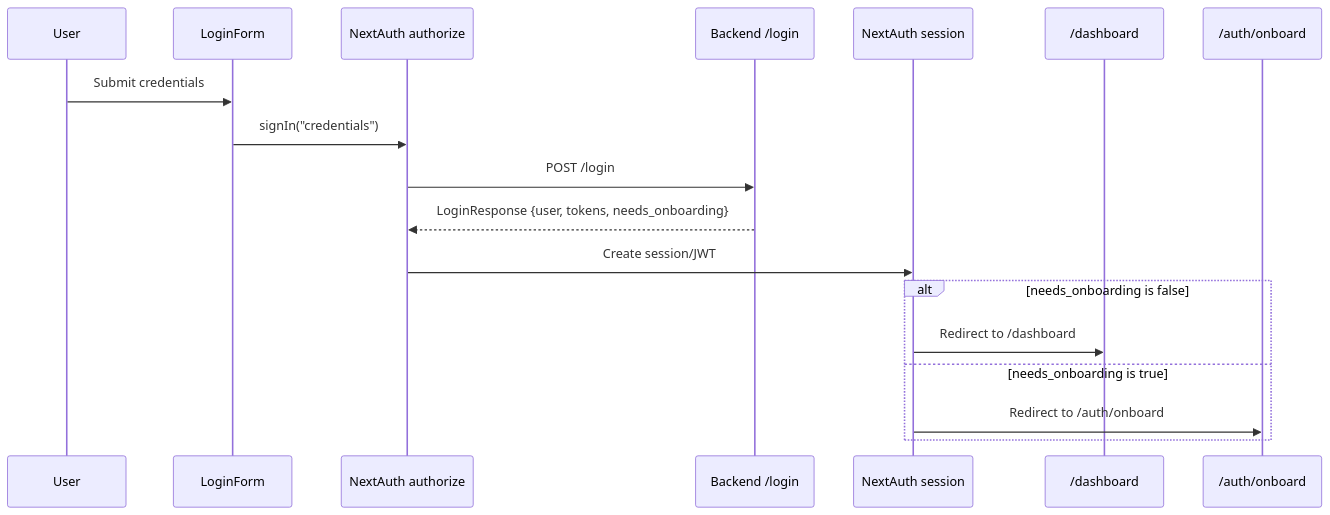
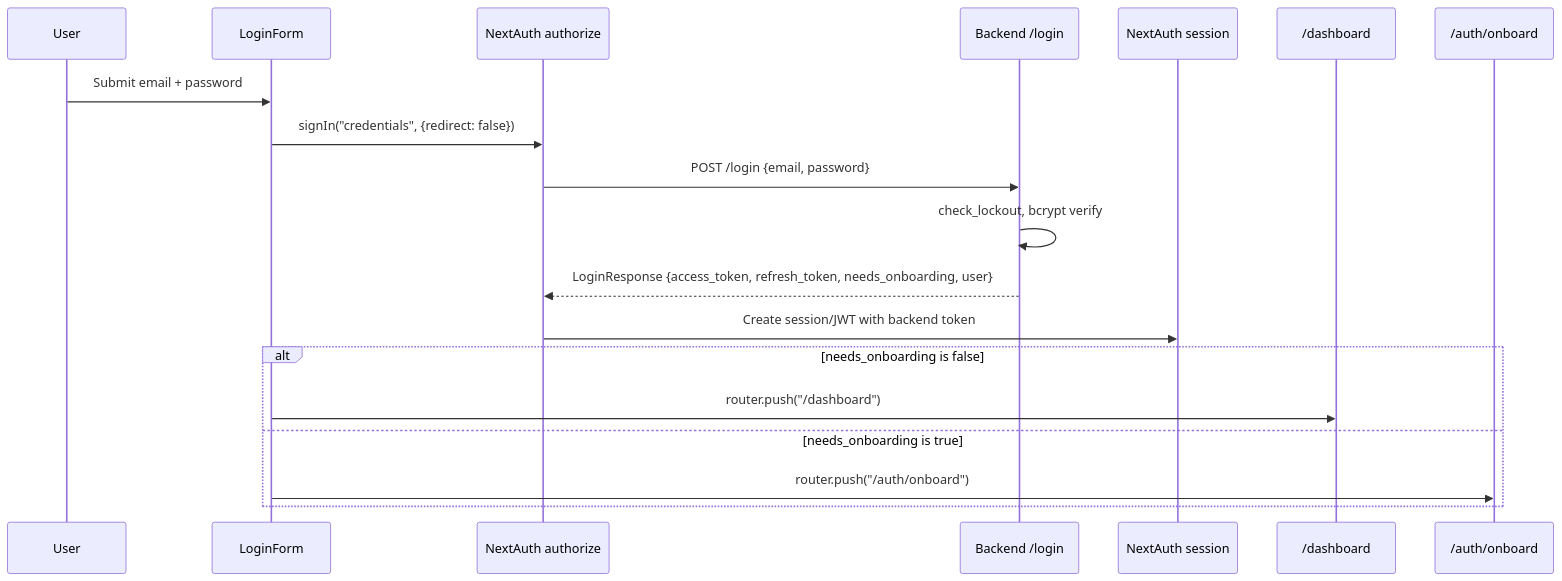
One commit to full-chaos/dev-health-web changed the third of 16 diagrams in docs/auth-system.md. Above: the diagram before and after it, drawn with Mermaid. The commit also changed other lines of this file and 1 other file, not shown here.

First line of the commit message:
docs: add comprehensive user journey documentation with Mermaid diagrams

````diff
--- a/docs/auth-system.md
+++ b/docs/auth-system.md
@@ -67,21 +105,22 @@
 ```mermaid
 sequenceDiagram
     participant U as User
     participant LF as LoginForm
     participant NA as NextAuth authorize
     participant L as Backend /login
     participant S as NextAuth session
     participant D as /dashboard
     participant O as /auth/onboard
 
-    U->>LF: Submit credentials
-    LF->>NA: signIn("credentials")
-    NA->>L: POST /login
-    L-->>NA: LoginResponse {user, tokens, needs_onboarding}
-    NA->>S: Create session/JWT
+    U->>LF: Submit email + password
+    LF->>NA: signIn("credentials", {redirect: false})
+    NA->>L: POST /login {email, password}
+    L->>L: check_lockout, bcrypt verify
+    L-->>NA: LoginResponse {access_token, refresh_token, needs_onboarding, user}
+    NA->>S: Create session/JWT with backend token
     alt needs_onboarding is false
-        S->>D: Redirect to /dashboard
+        LF->>D: router.push("/dashboard")
     else needs_onboarding is true
-        S->>O: Redirect to /auth/onboard
+        LF->>O: router.push("/auth/onboard")
     end
 ```
````
